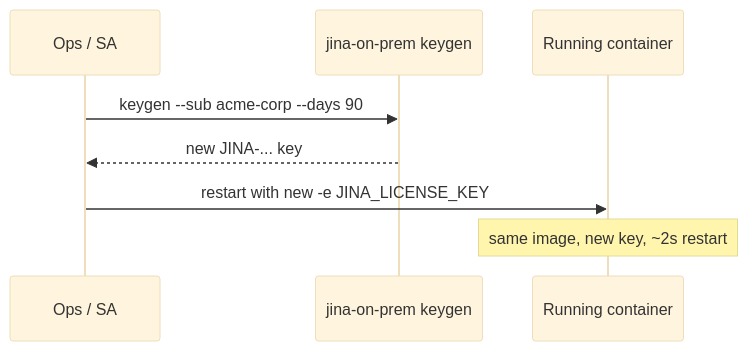
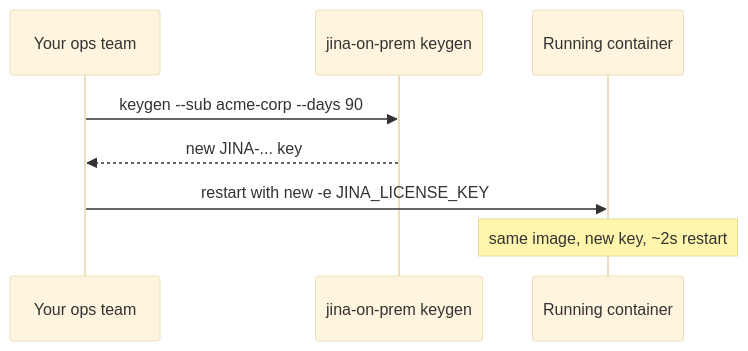
Before and after one commit to jina-ai/jina-airgap: the second of 2 diagrams in docs/Licensing.md, drawn with Mermaid (base theme). The commit also changed other lines of this file and 41 other files, not shown here.

````diff
--- a/docs/Licensing.md
+++ b/docs/Licensing.md
@@ -158,11 +142,11 @@
 ```mermaid
 sequenceDiagram
-    participant Ops as Ops / SA
+    participant Ops as Your ops team
     participant CLI as jina-on-prem keygen
     participant C as Running container
 
     Ops->>CLI: keygen --sub acme-corp --days 90
     CLI-->>Ops: new JINA-... key
     Ops->>C: restart with new -e JINA_LICENSE_KEY
     Note over C: same image, new key, ~2s restart
 ```
````
